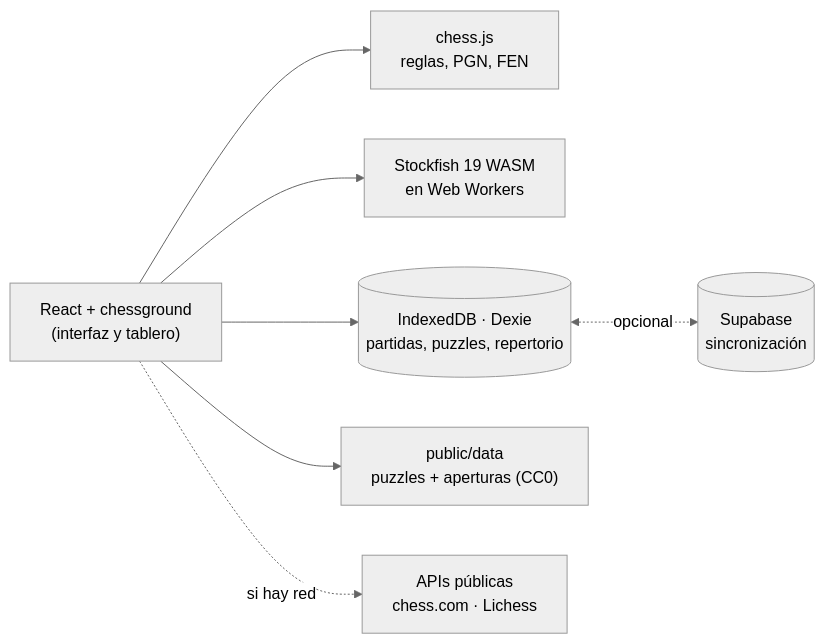
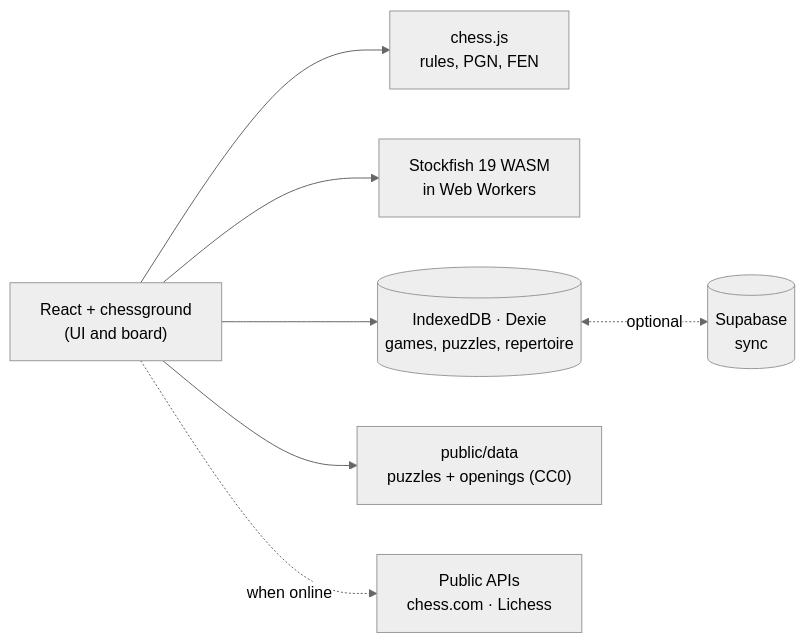
The diagram in README.md (jupiutrera/open-chess), drawn with Mermaid (neutral theme) before and after one commit. The commit also changed other lines of this file and 2 other files, not shown here.

````diff
--- a/README.md
+++ b/README.md
@@ -108,9 +108,9 @@
 ```mermaid
 flowchart LR
-  UI["React + chessground<br/>(interfaz y tablero)"] --> CJ["chess.js<br/>reglas, PGN, FEN"]
-  UI --> SF["Stockfish 19 WASM<br/>en Web Workers"]
-  UI --> DB[("IndexedDB · Dexie<br/>partidas, puzzles, repertorio")]
-  DB <-.->|opcional| SB[("Supabase<br/>sincronización")]
-  UI --> DATA["public/data<br/>puzzles + aperturas (CC0)"]
-  UI -.->|si hay red| API["APIs públicas<br/>chess.com · Lichess"]
+  UI["React + chessground<br/>(UI and board)"] --> CJ["chess.js<br/>rules, PGN, FEN"]
+  UI --> SF["Stockfish 19 WASM<br/>in Web Workers"]
+  UI --> DB[("IndexedDB · Dexie<br/>games, puzzles, repertoire")]
+  DB <-.->|optional| SB[("Supabase<br/>sync")]
+  UI --> DATA["public/data<br/>puzzles + openings (CC0)"]
+  UI -.->|when online| API["Public APIs<br/>chess.com · Lichess"]
 ```
````
